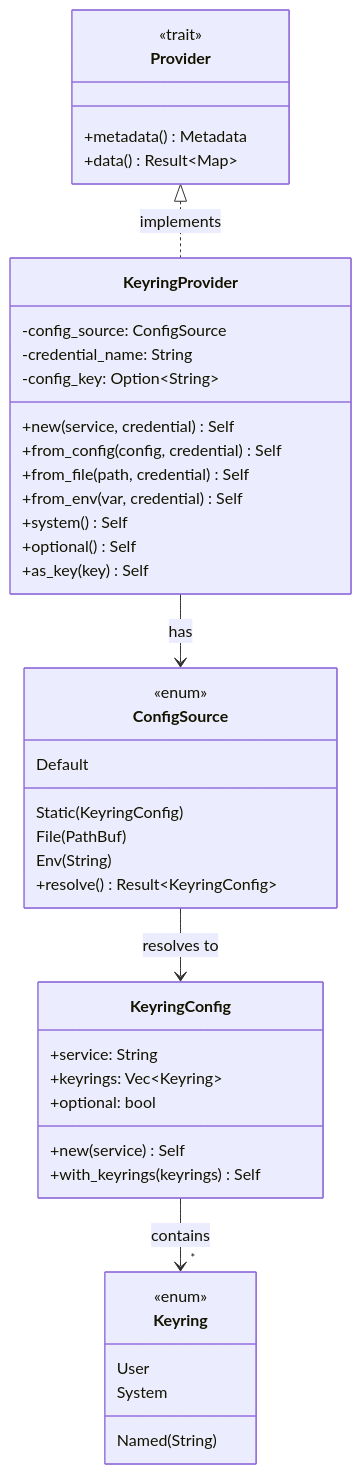
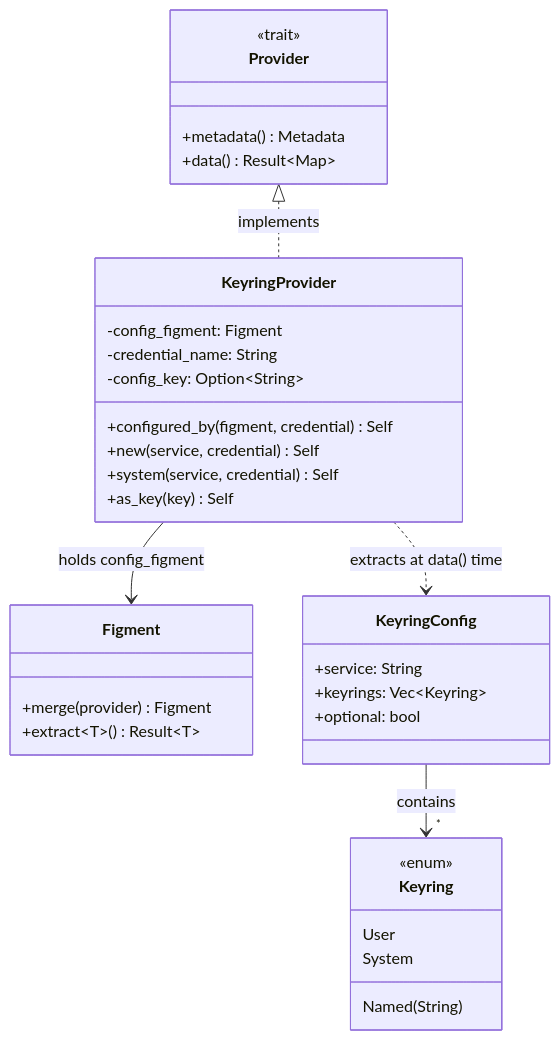
Before and after one commit to rektide/figment-keyring: the third of 6 diagrams in doc/review/design-rewrite.opus.md, drawn with Mermaid. The commit also changed other lines of this file and 1 other file, not shown here.

First line of the commit message:
design-rewrite.opus.md: late-binding architecture with configured_by(figment)

````diff
--- a/doc/review/design-rewrite.opus.md
+++ b/doc/review/design-rewrite.opus.md
@@ -474,52 +419,43 @@
 ```mermaid
 classDiagram
     direction TB
+    
+    class Figment {
+        +merge(provider) Figment
+        +extract~T~() Result~T~
+    }
     
     class Provider {
         <<trait>>
         +metadata() Metadata
         +data() Result~Map~
     }
     
     class KeyringProvider {
-        -config_source: ConfigSource
+        -config_figment: Figment
         -credential_name: String
         -config_key: Option~String~
+        +configured_by(figment, credential) Self
         +new(service, credential) Self
-        +from_config(config, credential) Self
-        +from_file(path, credential) Self
-        +from_env(var, credential) Self
-        +system() Self
-        +optional() Self
+        +system(service, credential) Self
         +as_key(key) Self
-    }
-    
-    class ConfigSource {
-        <<enum>>
-        Static(KeyringConfig)
-        File(PathBuf)
-        Env(String)
-        Default
-        +resolve() Result~KeyringConfig~
     }
     
     class KeyringConfig {
         +service: String
         +keyrings: Vec~Keyring~
         +optional: bool
-        +new(service) Self
-        +with_keyrings(keyrings) Self
     }
     
     class Keyring {
         <<enum>>
         User
         System
         Named(String)
     }
     
     Provider <|.. KeyringProvider : implements
-    KeyringProvider --> ConfigSource : has
-    ConfigSource --> KeyringConfig : resolves to
+    KeyringProvider --> Figment : holds config_figment
+    KeyringProvider ..> KeyringConfig : extracts at data() time
     KeyringConfig --> "*" Keyring : contains
 ```
````
